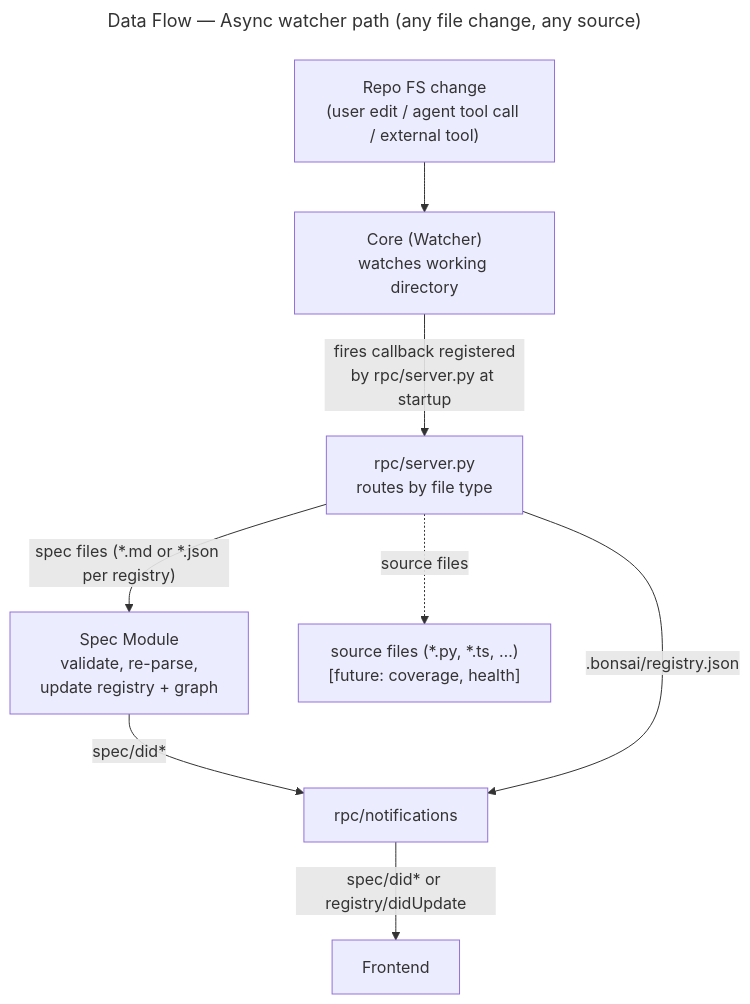
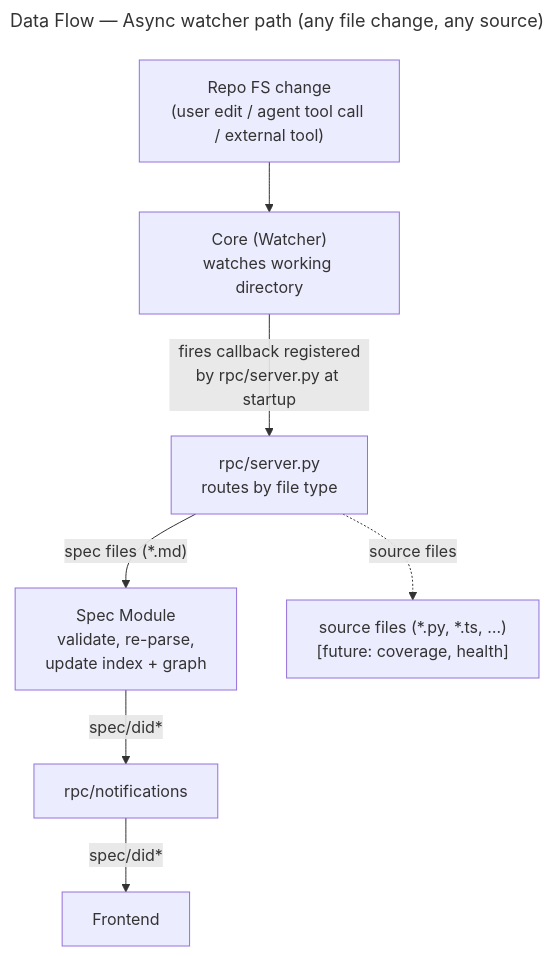
The third of 3 diagrams in DESIGN_DOC.md (JetBrains/thinkrail), drawn with Mermaid before and after one commit. The commit also changed other lines of this file and 188 other files, not shown here.

````diff
--- a/DESIGN_DOC.md
+++ b/DESIGN_DOC.md
@@ -148,21 +160,20 @@
 ```mermaid
 ---
 title: "Data Flow — Async watcher path (any file change, any source)"
 ---
 graph TD
     Change["Repo FS change<br/>(user edit / agent tool call / external tool)"]
     Watcher["Core (Watcher)<br/>watches working directory"]
     Router["rpc/server.py<br/>routes by file type"]
-    SpecMod["Spec Module<br/>validate, re-parse,<br/>update registry + graph"]
+    SpecMod["Spec Module<br/>validate, re-parse,<br/>update index + graph"]
     Notify["rpc/notifications"]
     FE["Frontend"]
     Future["source files (*.py, *.ts, …)<br/>[future: coverage, health]"]
 
     Change --> Watcher
     Watcher -- "fires callback registered<br/>by rpc/server.py at startup" --> Router
-    Router -- "spec files (*.md or *.json per registry)" --> SpecMod
+    Router -- "spec files (*.md)" --> SpecMod
     SpecMod -- "spec/did*" --> Notify
-    Router -- ".bonsai/registry.json" --> Notify
-    Notify -- "spec/did* or registry/didUpdate" --> FE
+    Notify -- "spec/did*" --> FE
     Router -. "source files" .-> Future
 ```
````
